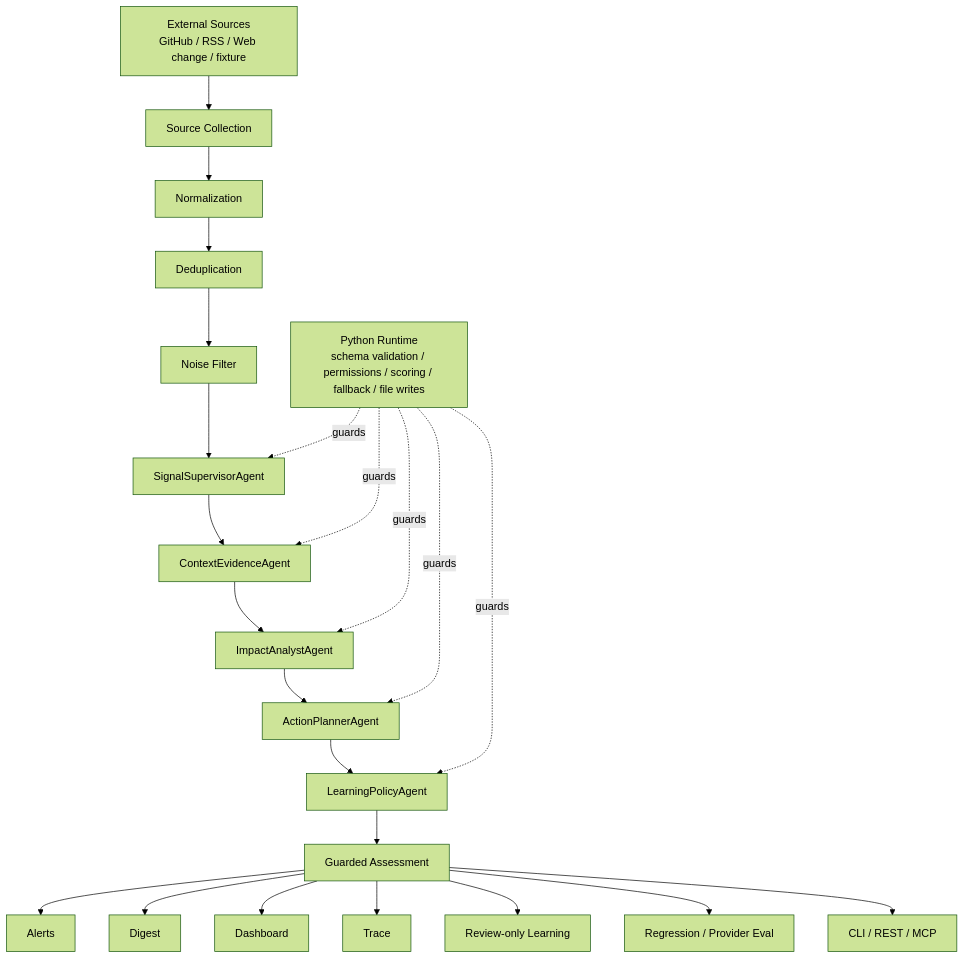
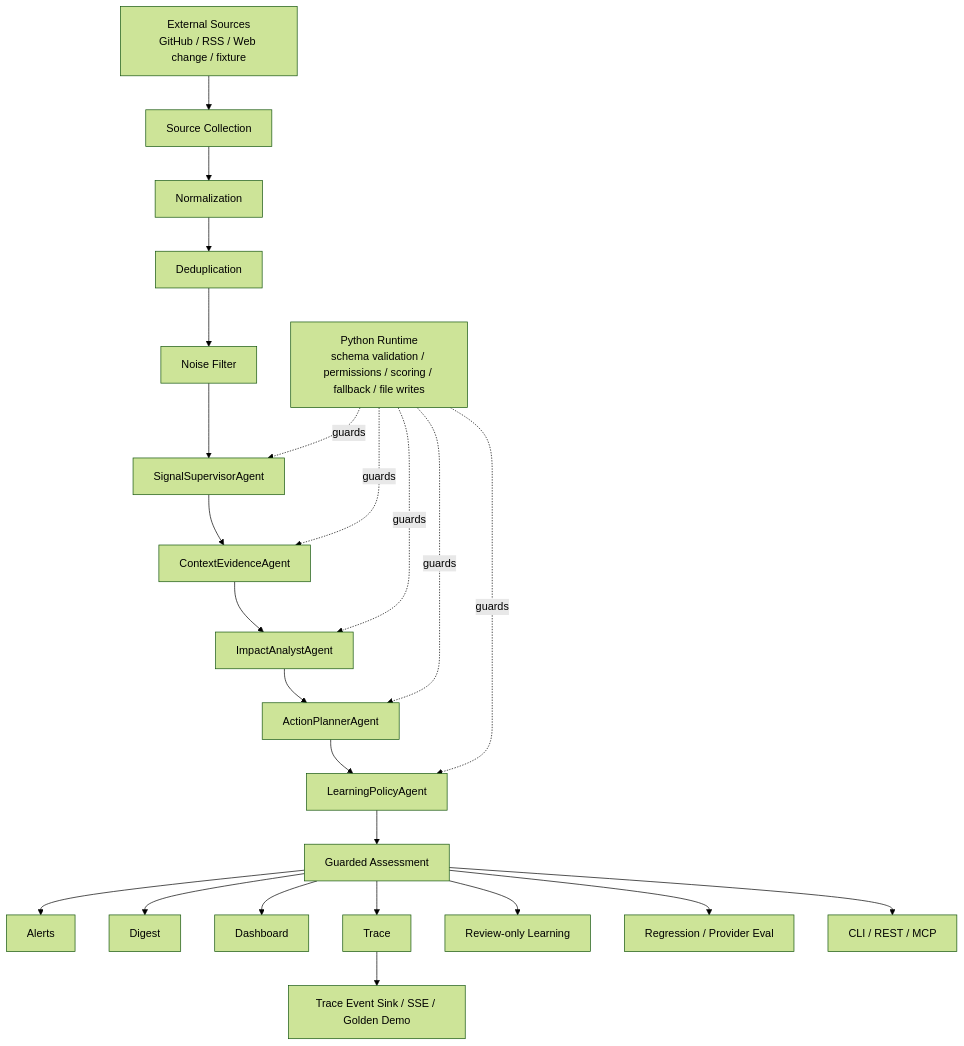
One commit to pocketvin/SignalHarness changed the first of 2 diagrams in docs/ARCHITECTURE.md. Above: the diagram before and after it, drawn with Mermaid (forest theme). The commit also changed other lines of this file and 13 other files, not shown here.

Commit message:
Add live Golden Demo with SSE streaming

````diff
--- a/docs/ARCHITECTURE.md
+++ b/docs/ARCHITECTURE.md
@@ -7,26 +7,27 @@
 ```mermaid
 flowchart TD
     A["External Sources<br/>GitHub / RSS / Web change / fixture"] --> B["Source Collection"]
     B --> C["Normalization"]
     C --> D["Deduplication"]
     D --> E["Noise Filter"]
     E --> F["SignalSupervisorAgent"]
     F --> G["ContextEvidenceAgent"]
     G --> H["ImpactAnalystAgent"]
     H --> I["ActionPlannerAgent"]
     I --> J["LearningPolicyAgent"]
     J --> K["Guarded Assessment"]
     K --> L["Alerts"]
     K --> M["Digest"]
     K --> N["Dashboard"]
     K --> O["Trace"]
     K --> P["Review-only Learning"]
     K --> R["Regression / Provider Eval"]
     K --> S["CLI / REST / MCP"]
+    O --> T["Trace Event Sink / SSE / Golden Demo"]
 
     Q["Python Runtime<br/>schema validation / permissions / scoring / fallback / file writes"] -. guards .-> F
     Q -. guards .-> G
     Q -. guards .-> H
     Q -. guards .-> I
     Q -. guards .-> J
 ```
````
